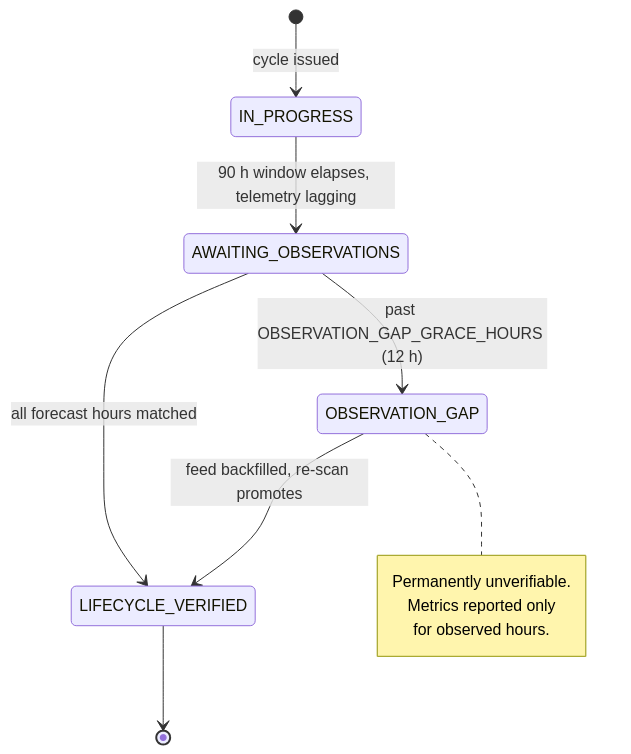
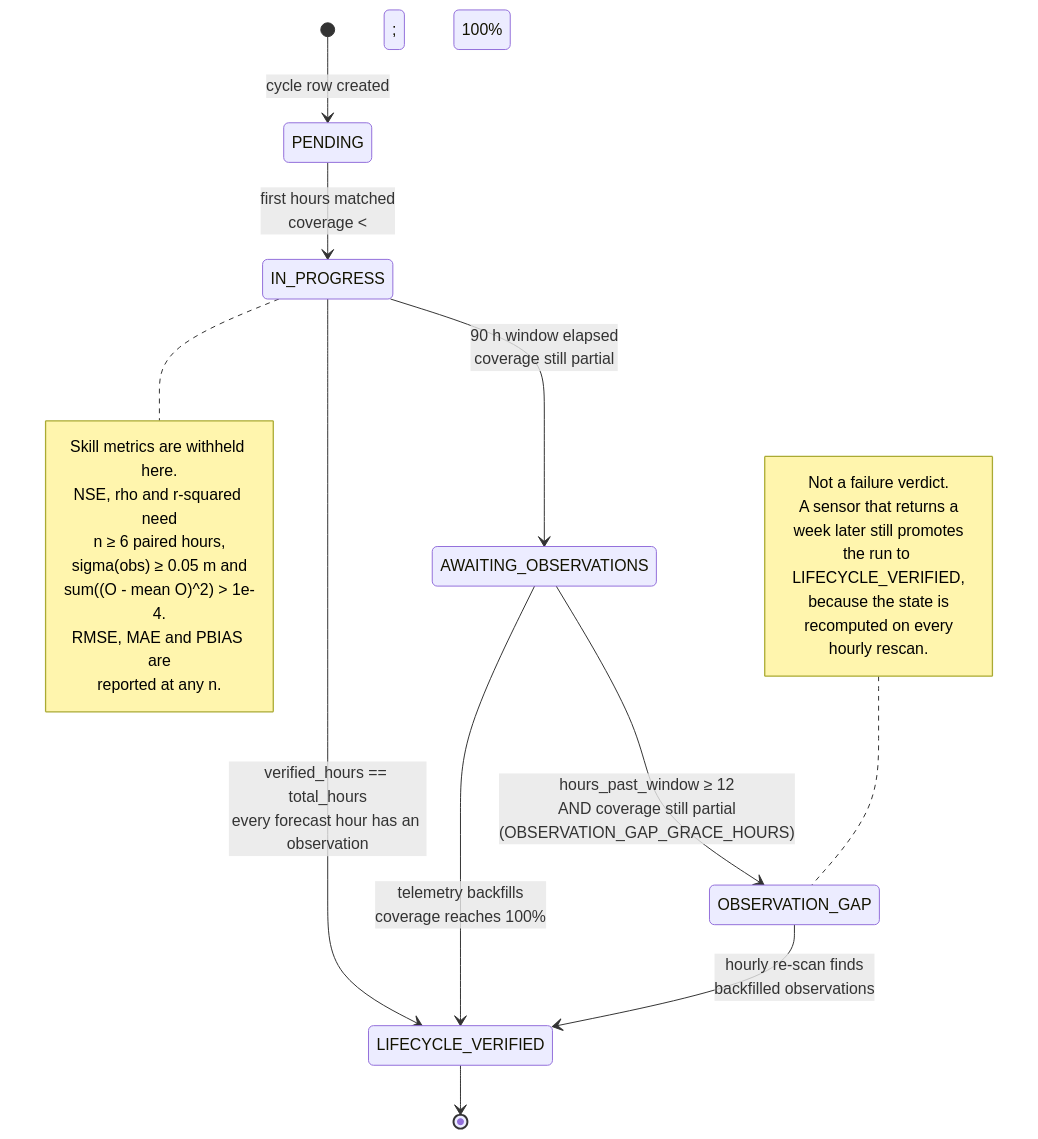
The sixth of 8 diagrams in docs/architecture-atlas.md (satwikcccss-crypto/CCCSS-SUK-Panchganga_Hydrocast), drawn with Mermaid before and after one commit. The commit also changed other lines of this file and 14 other files, not shown here.

````diff
--- a/docs/architecture-atlas.md
+++ b/docs/architecture-atlas.md
@@ -447,15 +920,39 @@
 ```mermaid
 stateDiagram-v2
-    [*] --> IN_PROGRESS : cycle issued
-    IN_PROGRESS --> AWAITING_OBSERVATIONS : 90 h window elapses, telemetry lagging
-    AWAITING_OBSERVATIONS --> LIFECYCLE_VERIFIED : all forecast hours matched
-    AWAITING_OBSERVATIONS --> OBSERVATION_GAP : past OBSERVATION_GAP_GRACE_HOURS (12 h)
-    OBSERVATION_GAP --> LIFECYCLE_VERIFIED : feed backfilled, re-scan promotes
+    direction TB
+
+    [*] --> PENDING : cycle row created
+    PENDING --> IN_PROGRESS : first hours matched<br/>coverage &lt; 100%
+
+    IN_PROGRESS --> LIFECYCLE_VERIFIED : verified_hours == total_hours<br/>every forecast hour has an observation
+
+    IN_PROGRESS --> AWAITING_OBSERVATIONS : 90 h window elapsed<br/>coverage still partial
+
+    AWAITING_OBSERVATIONS --> LIFECYCLE_VERIFIED : telemetry backfills<br/>coverage reaches 100%
+
+    AWAITING_OBSERVATIONS --> OBSERVATION_GAP : hours_past_window ≥ 12<br/>AND coverage still partial<br/>(OBSERVATION_GAP_GRACE_HOURS)
+
+    OBSERVATION_GAP --> LIFECYCLE_VERIFIED : hourly re-scan finds<br/>backfilled observations
+
     LIFECYCLE_VERIFIED --> [*]
 
-    note right of OBSERVATION_GAP
-        Permanently unverifiable.
-        Metrics reported only
-        for observed hours.
+    note right of IN_PROGRESS
+        Skill metrics are withheld here.
+        NSE, rho and r-squared need
+        n ≥ 6 paired hours,
+        sigma(obs) ≥ 0.05 m and
+        sum((O - mean O)^2) > 1e-4.
+        RMSE, MAE and PBIAS are
+        reported at any n.
+    end note
+
+    note left of OBSERVATION_GAP
+        Not a failure verdict.
+        A sensor that returns a
+        week later still promotes
+        the run to LIFECYCLE_VERIFIED,
+        because the state is
+        recomputed on every
+        hourly rescan.
     end note
 ```
````
